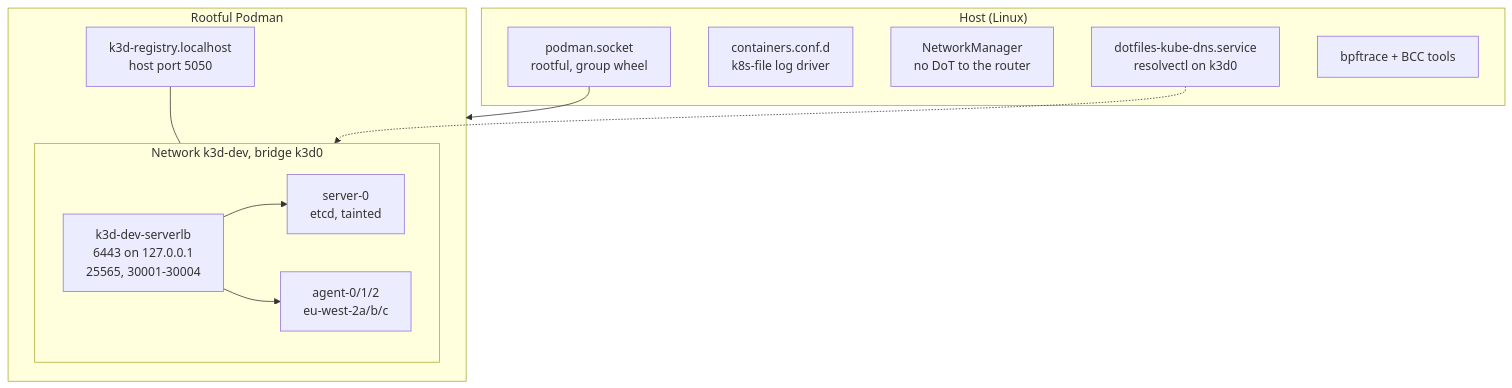
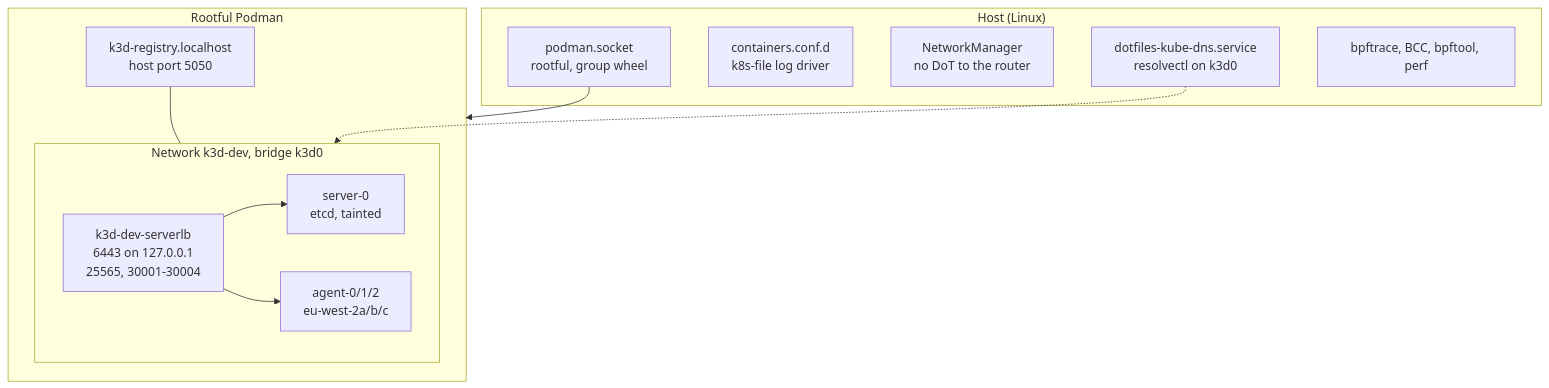
One commit to bourbonfgiles/dotfiles changed the second of 2 diagrams in kubernetes.md. Above: the diagram before and after it, drawn with Mermaid. The commit also changed other lines of this file and 4 other files, not shown here.

````diff
--- a/kubernetes.md
+++ b/kubernetes.md
@@ -44,23 +44,23 @@
 ```mermaid
 flowchart TB
   subgraph host["Host (Linux)"]
     socket["podman.socket<br/>rootful, group wheel"]
     logs["containers.conf.d<br/>k8s-file log driver"]
     nm["NetworkManager<br/>no DoT to the router"]
     unit["dotfiles-kube-dns.service<br/>resolvectl on k3d0"]
-    bpf["bpftrace + BCC tools"]
+    bpf["bpftrace, BCC, bpftool, perf"]
   end
   subgraph podman["Rootful Podman"]
     registry["k3d-registry.localhost<br/>host port 5050"]
     subgraph net["Network k3d-dev, bridge k3d0"]
       lb["k3d-dev-serverlb<br/>6443 on 127.0.0.1<br/>25565, 30001-30004"]
       server["server-0<br/>etcd, tainted"]
       agents["agent-0/1/2<br/>eu-west-2a/b/c"]
     end
   end
   socket --> podman
   lb --> server
   lb --> agents
   registry --- net
   unit -.-> net
 ```
````
